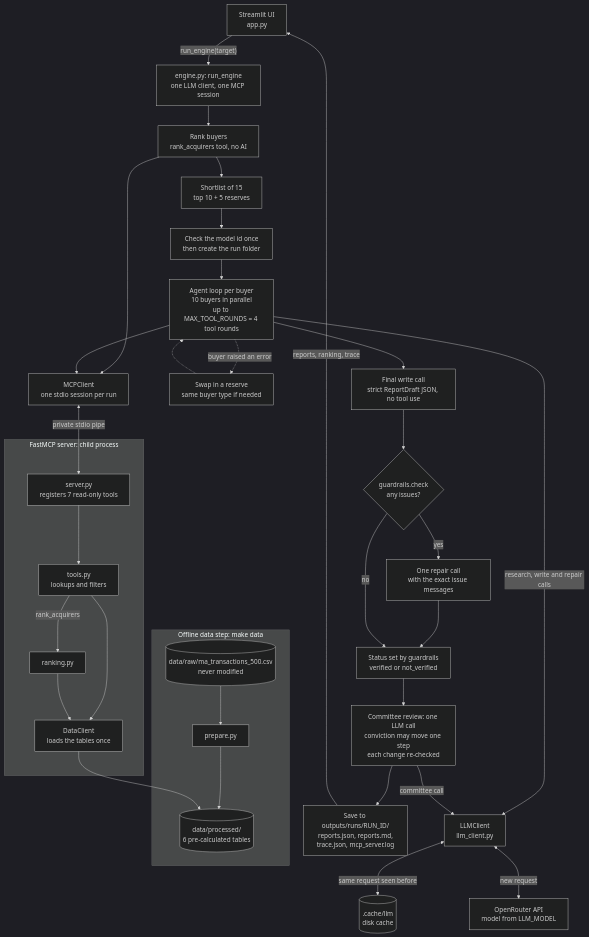
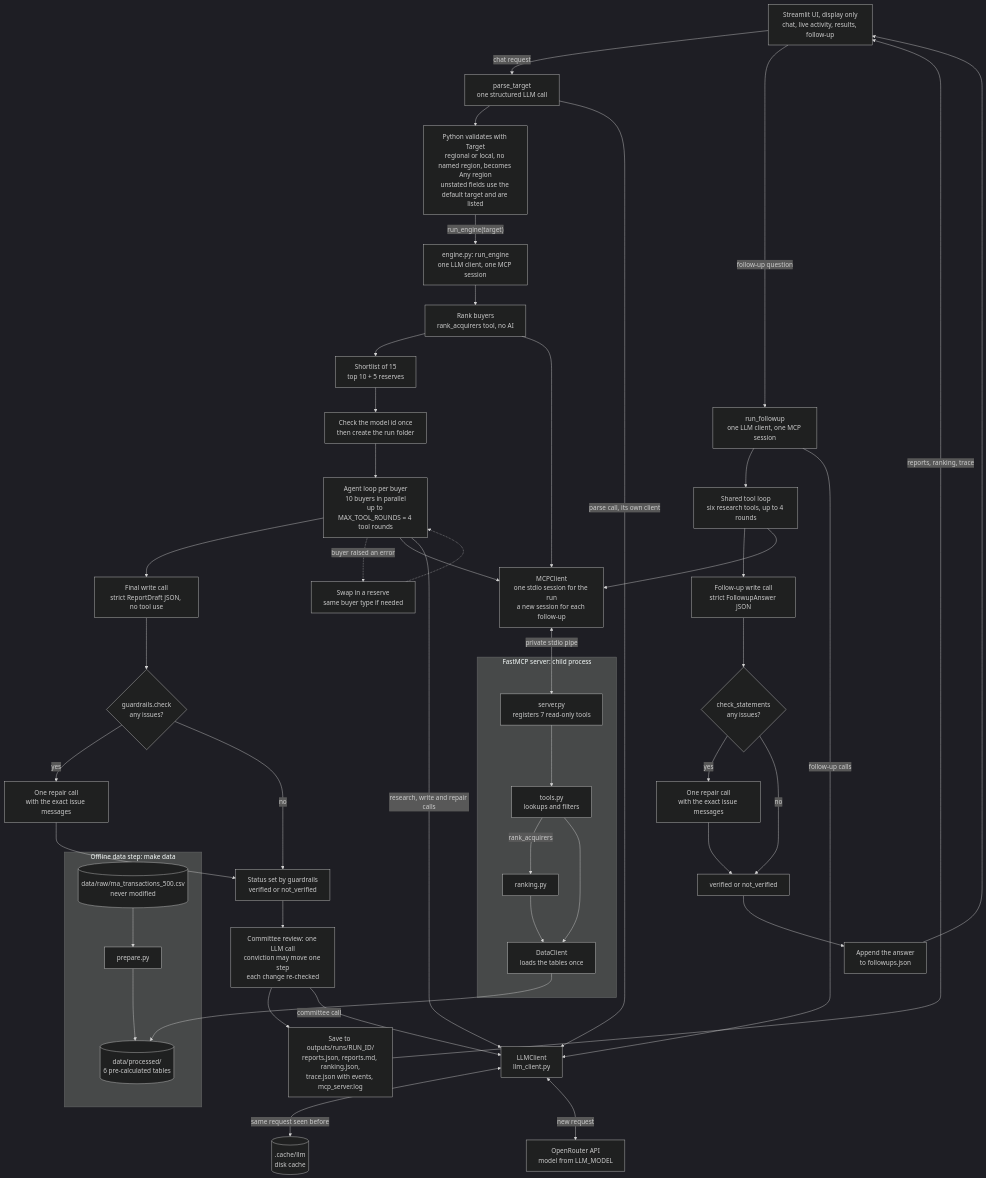
The first of 2 diagrams in docs/architecture.md (rpill7/wb_draft), drawn with Mermaid (dark theme) before and after one commit. The commit also changed other lines of this file and 20 other files, not shown here.

Commit message:
Chat-first research UI with live agent activity timeline, request parsing, and checked follow-up answers

````diff
--- a/docs/architecture.md
+++ b/docs/architecture.md
@@ -9,40 +9,54 @@
 ```mermaid
 flowchart TD
     subgraph offline["Offline data step: make data"]
         RAW[("data/raw/ma_transactions_500.csv<br/>never modified")] --> PREP["prepare.py"]
         PREP --> PROC[("data/processed/<br/>6 pre-calculated tables")]
     end
 
-    UI["Streamlit UI<br/>app.py"] -->|"run_engine(target)"| START["engine.py: run_engine<br/>one LLM client, one MCP session"]
+    UI["Streamlit UI, display only<br/>chat, live activity, results, follow-up"] -->|"chat request"| PARSE["parse_target<br/>one structured LLM call"]
+    PARSE --> VALID["Python validates with Target<br/>regional or local, no named region, becomes Any region<br/>unstated fields use the default target and are listed"]
+    VALID -->|"run_engine(target)"| START["engine.py: run_engine<br/>one LLM client, one MCP session"]
     START --> RANK["Rank buyers<br/>rank_acquirers tool, no AI"]
     RANK --> SHORT["Shortlist of 15<br/>top 10 + 5 reserves"]
     SHORT --> MODEL["Check the model id once<br/>then create the run folder"]
     MODEL --> LOOP["Agent loop per buyer<br/>10 buyers in parallel<br/>up to MAX_TOOL_ROUNDS = 4 tool rounds"]
     LOOP --> WRITE["Final write call<br/>strict ReportDraft JSON, no tool use"]
     WRITE --> CHECK{"guardrails.check<br/>any issues?"}
     CHECK -->|"yes"| REPAIR["One repair call<br/>with the exact issue messages"]
     REPAIR --> STATUS["Status set by guardrails<br/>verified or not_verified"]
     CHECK -->|"no"| STATUS
     LOOP -.->|"buyer raised an error"| SUB["Swap in a reserve<br/>same buyer type if needed"]
     SUB -.-> LOOP
     STATUS --> COMM["Committee review: one LLM call<br/>conviction may move one step<br/>each change re-checked"]
-    COMM --> SAVE["Save to outputs/runs/RUN_ID/<br/>reports.json, reports.md,<br/>trace.json, mcp_server.log"]
+    COMM --> SAVE["Save to outputs/runs/RUN_ID/<br/>reports.json, reports.md, ranking.json,<br/>trace.json with events, mcp_server.log"]
     SAVE -->|"reports, ranking, trace"| UI
+    UI -->|"follow-up question"| FOLLOW["run_followup<br/>one LLM client, one MCP session"]
+    FOLLOW --> FLOOP["Shared tool loop<br/>six research tools, up to 4 rounds"]
+    FLOOP --> FWRITE["Follow-up write call<br/>strict FollowupAnswer JSON"]
+    FWRITE --> FCHECK{"check_statements<br/>any issues?"}
+    FCHECK -->|"yes"| FREPAIR["One repair call<br/>with the exact issue messages"]
+    FREPAIR --> FSTATUS["verified or not_verified"]
+    FCHECK -->|"no"| FSTATUS
+    FSTATUS --> FFILE["Append the answer<br/>to followups.json"]
+    FFILE --> UI
 
     subgraph server["FastMCP server: child process"]
         SRV["server.py<br/>registers 7 read-only tools"] --> TOOLS["tools.py<br/>lookups and filters"]
         TOOLS -->|"rank_acquirers"| RANKPY["ranking.py"]
         TOOLS --> DC["DataClient<br/>loads the tables once"]
         RANKPY --> DC
     end
     DC --> PROC
 
-    RANK --> MCPC["MCPClient<br/>one stdio session per run"]
+    RANK --> MCPC["MCPClient<br/>one stdio session for the run<br/>a new session for each follow-up"]
     LOOP --> MCPC
+    FLOOP --> MCPC
     MCPC <-->|"private stdio pipe"| SRV
 
-    LOOP -->|"research, write and repair calls"| LLMC["LLMClient<br/>llm_client.py"]
+    PARSE -->|"parse call, its own client"| LLMC["LLMClient<br/>llm_client.py"]
+    LOOP -->|"research, write and repair calls"| LLMC
     COMM -->|"committee call"| LLMC
+    FOLLOW -->|"follow-up calls"| LLMC
     LLMC <-->|"same request seen before"| CACHE[(".cache/llm<br/>disk cache")]
     LLMC <-->|"new request"| OR["OpenRouter API<br/>model from LLM_MODEL"]
 ```
````
